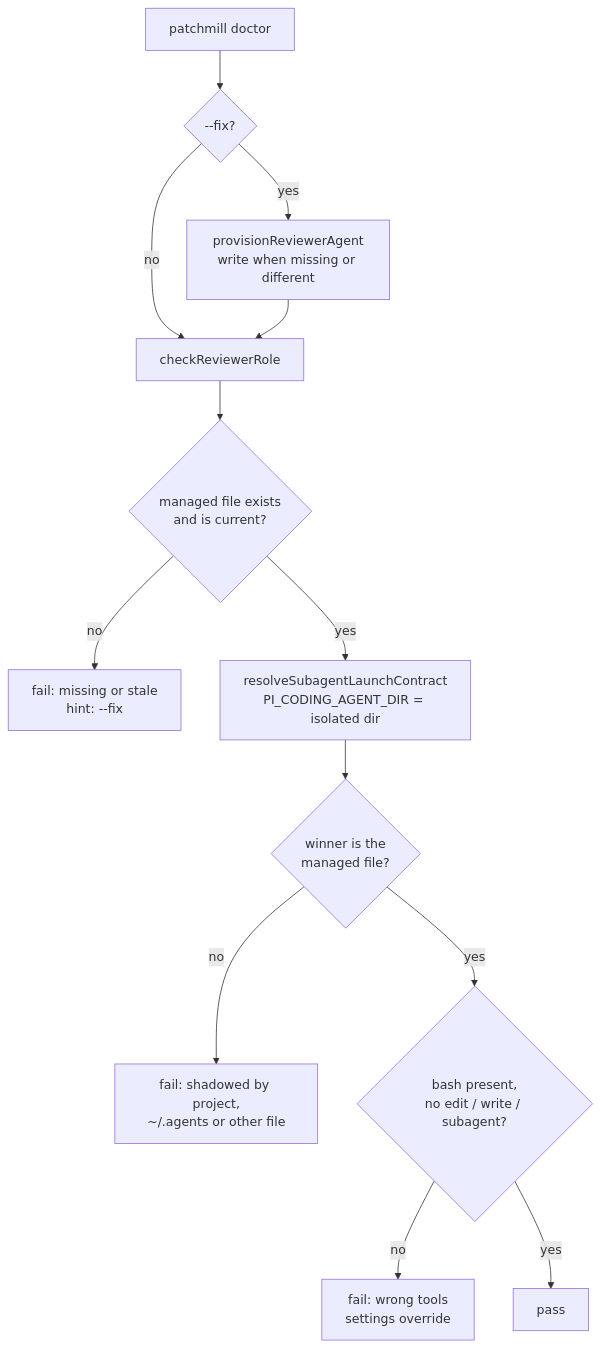
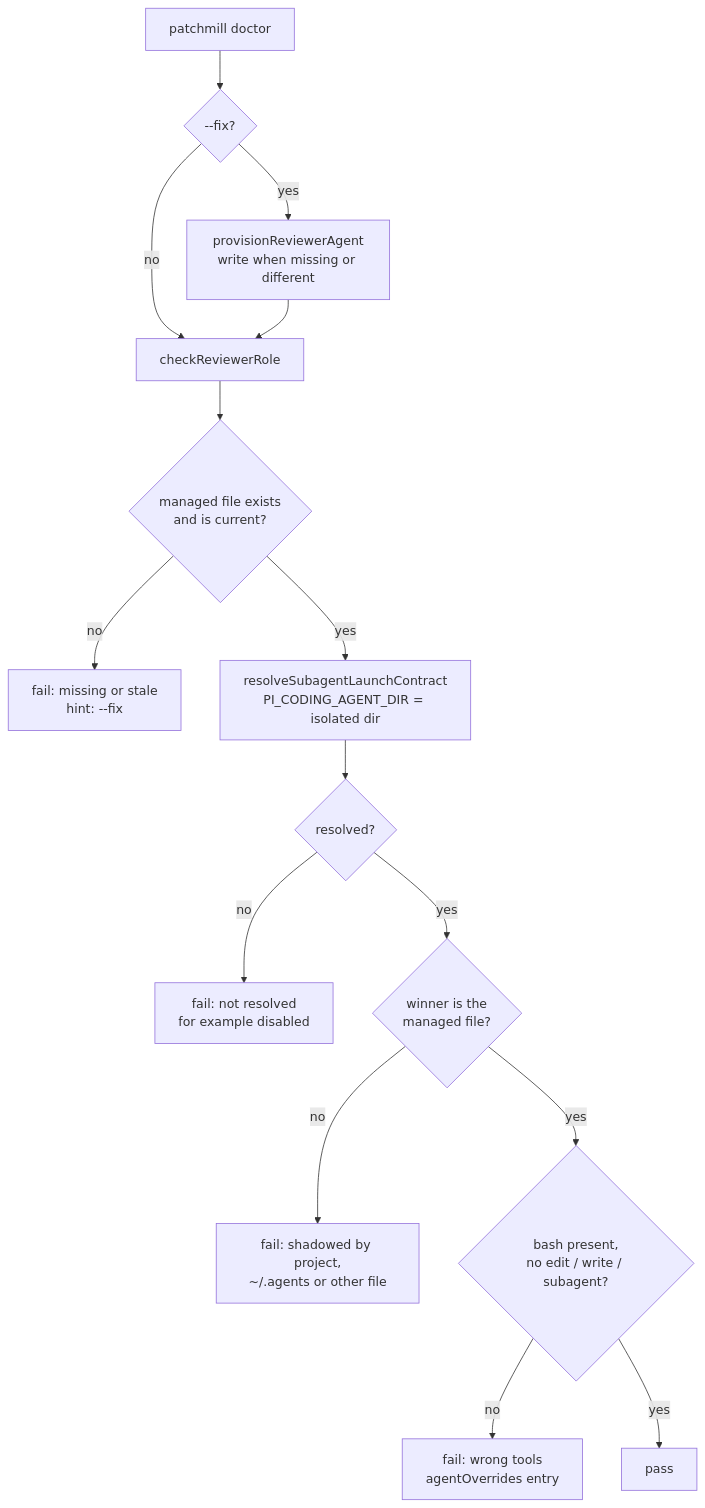
The diagram in docs/specs/2026-11-23-issue-229-final-validation-can-block-because-the-isolated-design.md (rochecompaan/patchmill), drawn with Mermaid before and after one commit. The commit also changed other lines of this file and 1 other file, not shown here.

````diff
--- a/docs/specs/2026-11-23-issue-229-final-validation-can-block-because-the-isolated-design.md
+++ b/docs/specs/2026-11-23-issue-229-final-validation-can-block-because-the-isolated-design.md
@@ -254,15 +265,17 @@
 ```mermaid
 flowchart TD
     A[patchmill doctor] --> F{--fix?}
     F -- yes --> P[provisionReviewerAgent<br/>write when missing or different]
     F -- no --> C
     P --> C[checkReviewerRole]
     C --> M{managed file exists<br/>and is current?}
     M -- no --> R1[fail: missing or stale<br/>hint: --fix]
     M -- yes --> S[resolveSubagentLaunchContract<br/>PI_CODING_AGENT_DIR = isolated dir]
-    S --> W{winner is the<br/>managed file?}
+    S --> N{resolved?}
+    N -- no --> R0[fail: not resolved<br/>for example disabled]
+    N -- yes --> W{winner is the<br/>managed file?}
     W -- no --> R2[fail: shadowed by project,<br/>~/.agents or other file]
     W -- yes --> T{bash present,<br/>no edit / write / subagent?}
-    T -- no --> R3[fail: wrong tools<br/>settings override]
+    T -- no --> R3[fail: wrong tools<br/>agentOverrides entry]
     T -- yes --> OK[pass]
 ```
````
